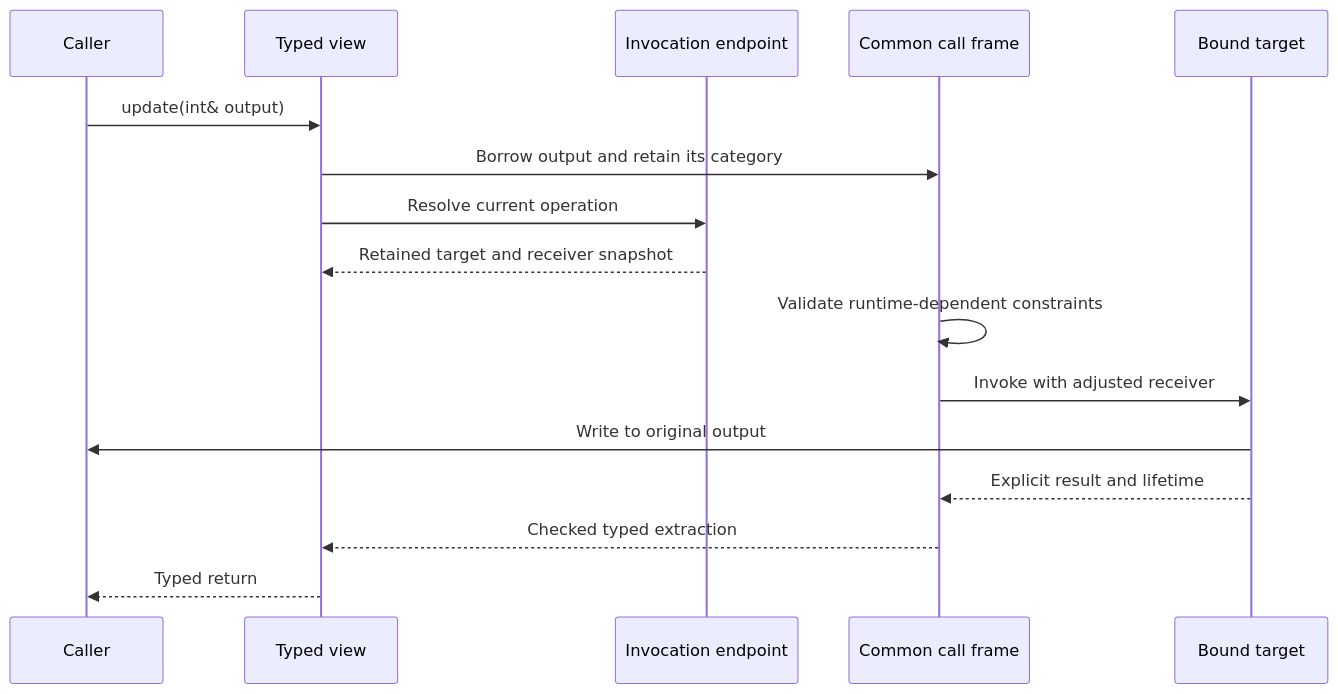
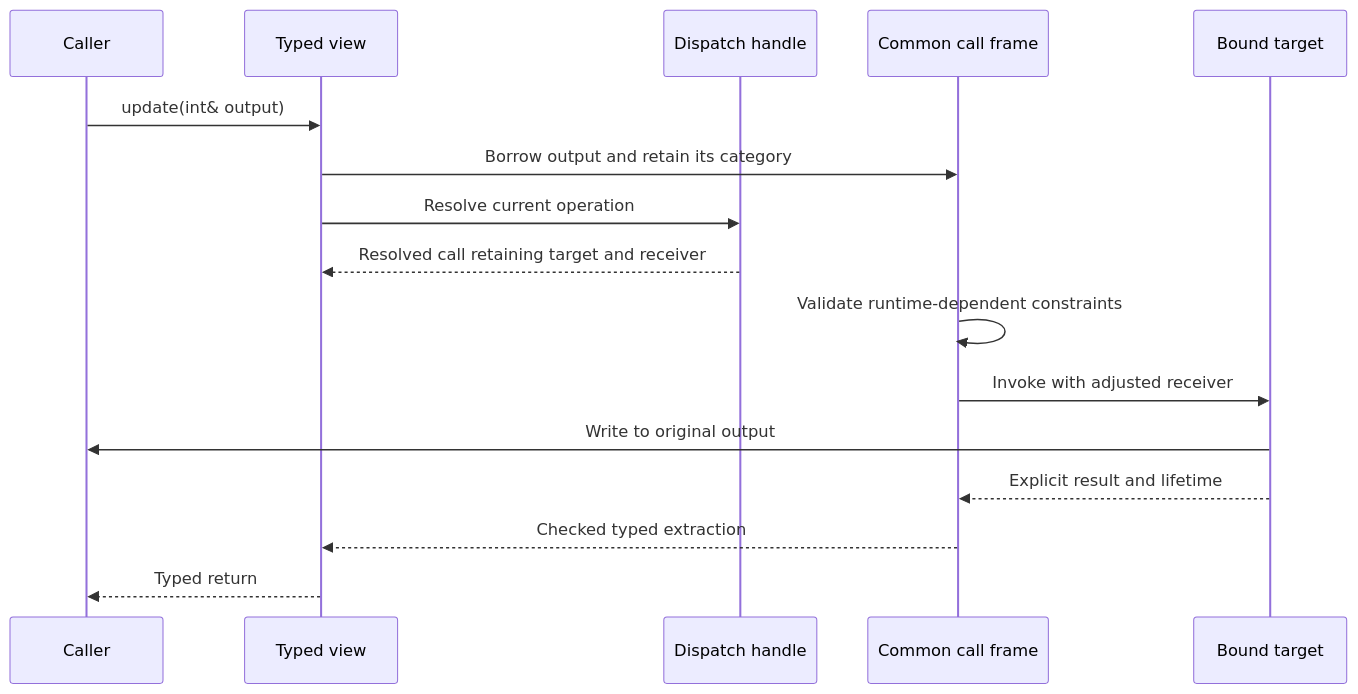
The diagram in docs/content/architecture/typed-binding.md (w2xel/refl), drawn with Mermaid before and after one commit. The commit also changed other lines of this file and 9 other files, not shown here.

Commit message:
docs: standardize architecture naming and isolate legacy terminology

````diff
--- a/docs/content/architecture/typed-binding.md
+++ b/docs/content/architecture/typed-binding.md
@@ -97,18 +99,18 @@
 ```mermaid
 sequenceDiagram
     participant U as Caller
     participant P as Typed view
-    participant E as Invocation endpoint
+    participant E as Dispatch handle
     participant F as Common call frame
     participant T as Bound target
     U->>P: update(int& output)
     P->>F: Borrow output and retain its category
     P->>E: Resolve current operation
-    E-->>P: Retained target and receiver snapshot
+    E-->>P: Resolved call retaining target and receiver
     F->>F: Validate runtime-dependent constraints
     F->>T: Invoke with adjusted receiver
     T->>U: Write to original output
     T-->>F: Explicit result and lifetime
     F-->>P: Checked typed extraction
     P-->>U: Typed return
 ```
````
